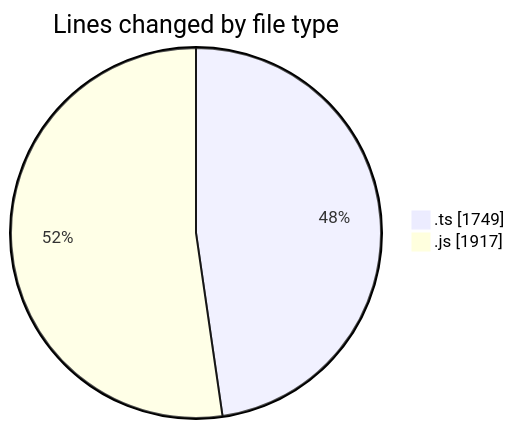
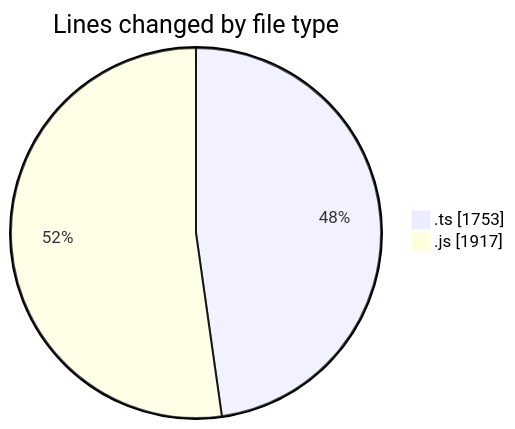
Before and after one commit to momahboobian/code-tracking: the first of 2 diagrams in 2025-07-29/cda/README.md, drawn with Mermaid. The commit also changed other lines of this file and 1 other file, not shown here.

````diff
--- a/2025-07-29/cda/README.md
+++ b/2025-07-29/cda/README.md
@@ -24,6 +24,6 @@
 ```mermaid
 pie showData
 title Lines changed by file type
-".ts" : 1749
+".ts" : 1753
 ".js" : 1917
 ```
````
